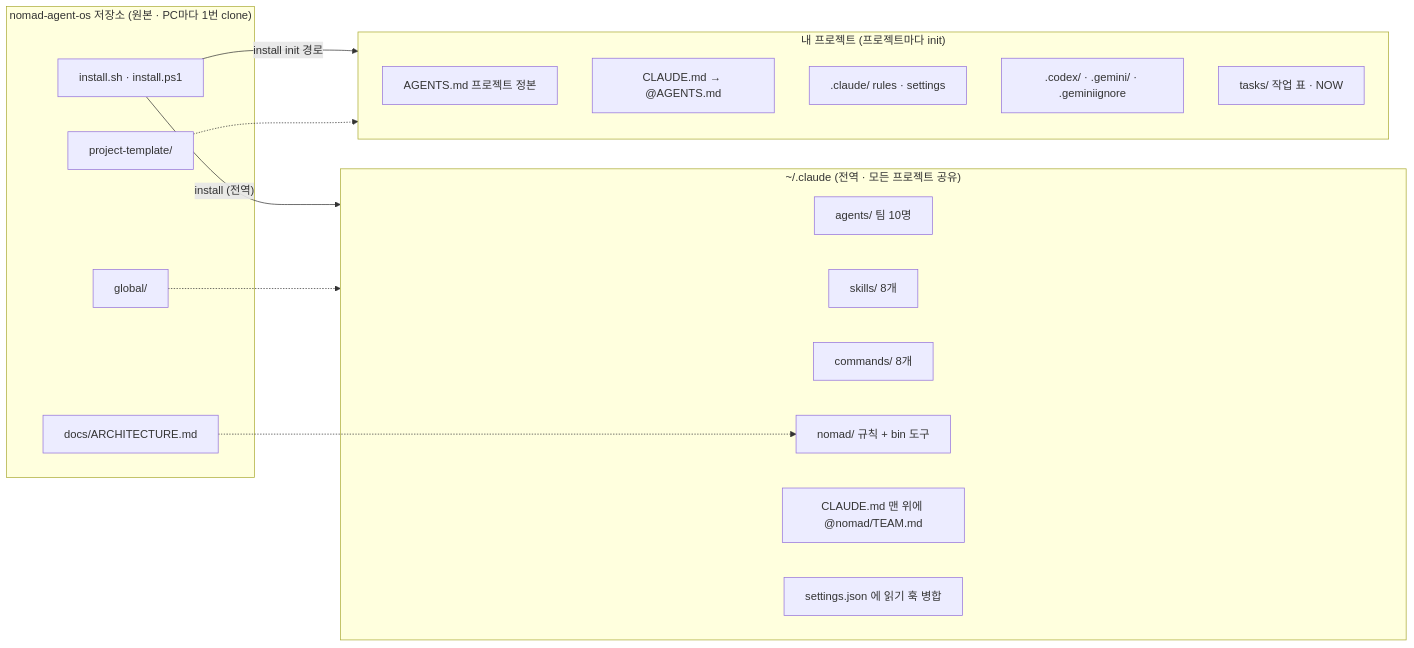
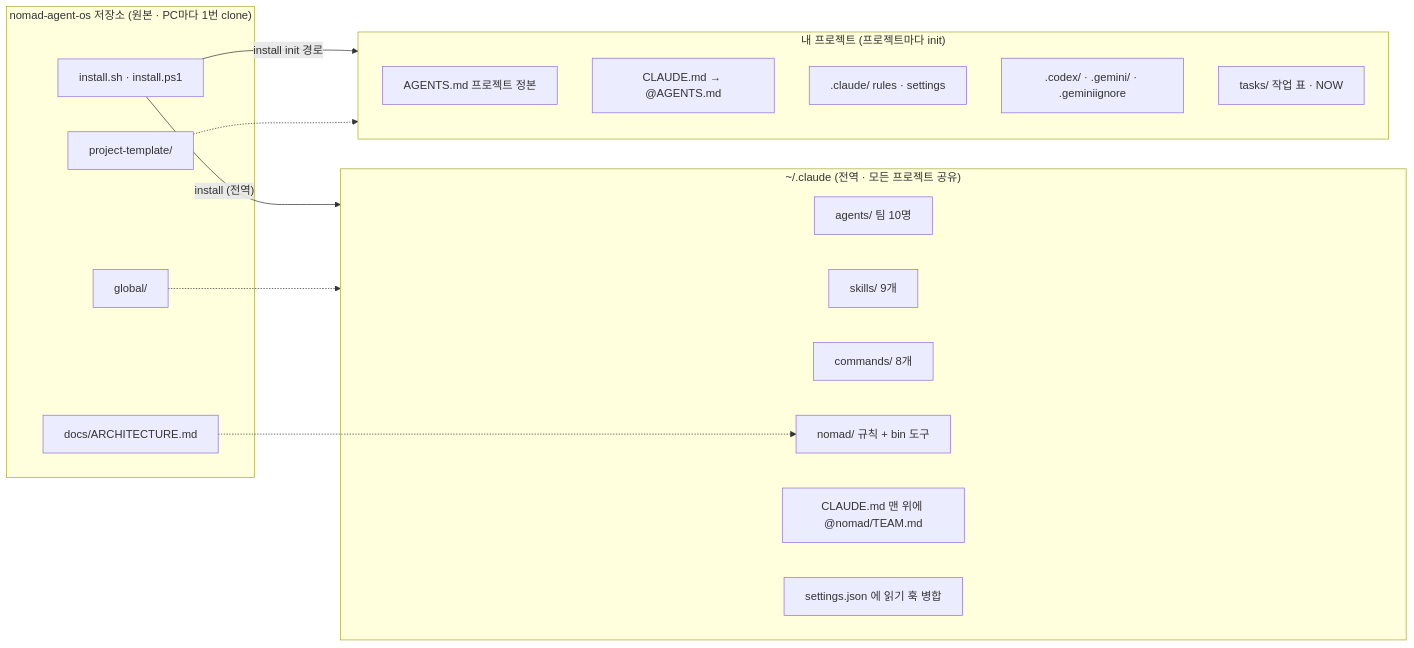
Before and after one commit to DevOps0906/nomad-agent-os: the first of 2 diagrams in docs/REFERENCE.md, drawn with Mermaid. The commit also changed other lines of this file and 5 other files, not shown here.

````diff
--- a/docs/REFERENCE.md
+++ b/docs/REFERENCE.md
@@ -70,29 +74,29 @@
 ```mermaid
 flowchart LR
   subgraph REPO["nomad-agent-os 저장소 (원본 · PC마다 1번 clone)"]
     INST["install.sh · install.ps1"]
     G["global/"]
     PT["project-template/"]
     DOC["docs/ARCHITECTURE.md"]
   end
   subgraph HOME["~/.claude (전역 · 모든 프로젝트 공유)"]
     HA["agents/ 팀 10명"]
-    HS["skills/ 8개"]
+    HS["skills/ 9개"]
     HC["commands/ 8개"]
     HN["nomad/ 규칙 + bin 도구"]
     HM["CLAUDE.md 맨 위에 @nomad/TEAM.md"]
     HJ["settings.json 에 읽기 훅 병합"]
   end
   subgraph PROJ["내 프로젝트 (프로젝트마다 init)"]
     PA["AGENTS.md 프로젝트 정본"]
     PC["CLAUDE.md → @AGENTS.md"]
     PR[".claude/ rules · settings"]
     PX[".codex/ · .gemini/ · .geminiignore"]
     PK["tasks/ 작업 표 · NOW"]
   end
   INST -- "install (전역)" --> HOME
   G -.-> HOME
   DOC -.-> HN
   INST -- "install init 경로" --> PROJ
   PT -.-> PROJ
 ```
````
